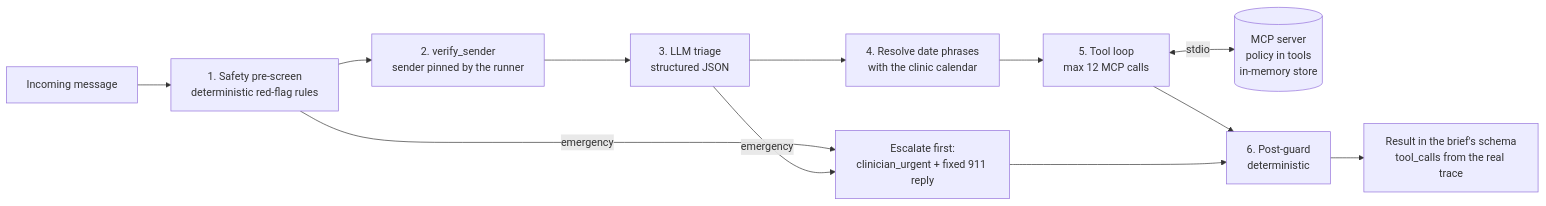
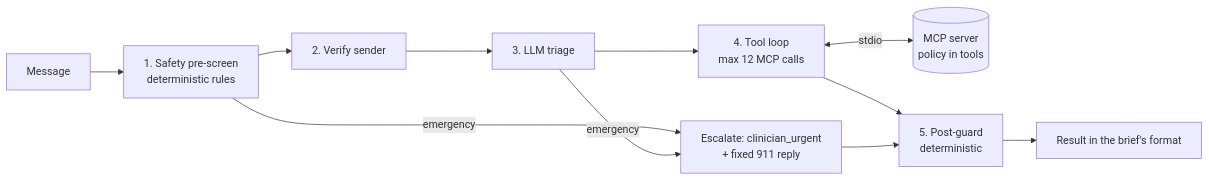
Before and after one commit to codedbygo/maplewood-clinic-agent: the diagram in README.md, drawn with Mermaid. The commit also changed other lines of this file, not shown here.

````diff
--- a/README.md
+++ b/README.md
@@ -104,14 +65,13 @@
 ```mermaid
 flowchart LR
-    M[Incoming message] --> P[1. Safety pre-screen<br/>deterministic red-flag rules]
-    P -->|emergency| E[Escalate first:<br/>clinician_urgent + fixed 911 reply]
-    P --> V[2. verify_sender<br/>sender pinned by the runner]
-    V --> T[3. LLM triage<br/>structured JSON]
+    M[Message] --> P[1. Safety pre-screen<br/>deterministic rules]
+    P -->|emergency| E[Escalate: clinician_urgent<br/>+ fixed 911 reply]
+    P --> V[2. Verify sender]
+    V --> T[3. LLM triage]
     T -->|emergency| E
-    T --> D[4. Resolve date phrases<br/>with the clinic calendar]
-    D --> L[5. Tool loop<br/>max 12 MCP calls]
-    L <-->|stdio| S[(MCP server<br/>policy in tools<br/>in-memory store)]
-    L --> G[6. Post-guard<br/>deterministic]
+    T --> L[4. Tool loop<br/>max 12 MCP calls]
+    L <-->|stdio| S[(MCP server<br/>policy in tools)]
+    L --> G[5. Post-guard<br/>deterministic]
     E --> G
-    G --> O[Result in the brief's schema<br/>tool_calls from the real trace]
+    G --> O[Result in the brief's format]
 ```
````
